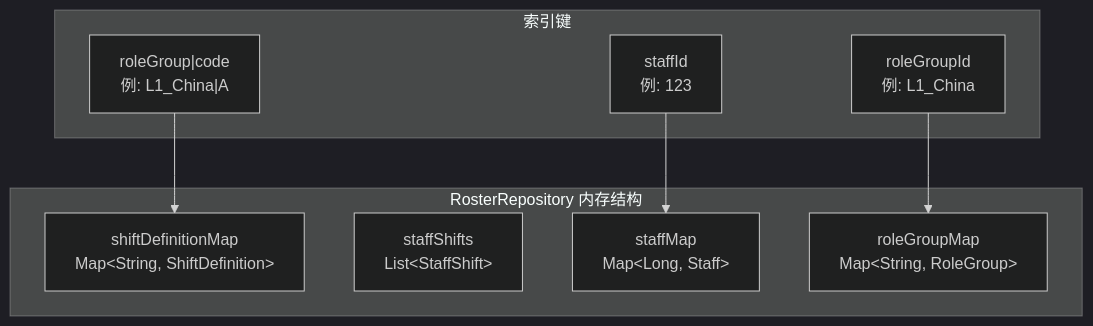
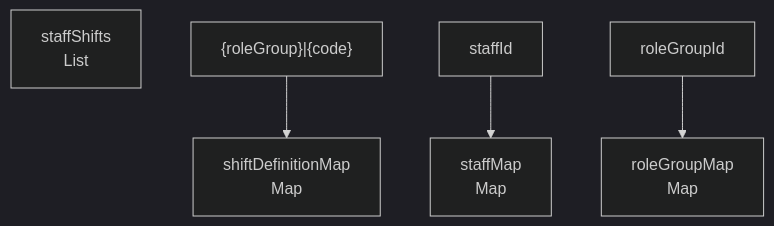
Before and after one commit to yachi666/support-roster-server: the third of 3 diagrams in .specs/data-architecture.md, drawn with Mermaid (dark theme). The commit also changed other lines of this file and 34 other files, not shown here.

Commit message:
feat: Enhance shift definition deletion process with roster assignment cleanup

````diff
--- a/.specs/data-architecture.md
+++ b/.specs/data-architecture.md
@@ -177,19 +102,15 @@
 ```mermaid
 graph TB
-    subgraph "RosterRepository 内存结构"
-        SDM["shiftDefinitionMap<br/>Map&lt;String, ShiftDefinition&gt;"]
-        SS["staffShifts<br/>List&lt;StaffShift&gt;"]
-        SM["staffMap<br/>Map&lt;Long, Staff&gt;"]
-        RGM["roleGroupMap<br/>Map&lt;String, RoleGroup&gt;"]
-    end
-    
-    subgraph "索引键"
-        K1["roleGroup|code<br/>例: L1_China|A"]
-        K2["staffId<br/>例: 123"]
-        K3["roleGroupId<br/>例: L1_China"]
-    end
-    
-    K1 --> SDM
-    K2 --> SM
-    K3 --> RGM
+    SDM["shiftDefinitionMap
+Map<String, ShiftDefinition>"]
+    SS["staffShifts
+List<StaffShift>"]
+    SM["staffMap
+Map<Long, Staff>"]
+    RGM["roleGroupMap
+Map<String, RoleGroup>"]
+
+    K1["{roleGroup}|{code}"] --> SDM
+    K2["staffId"] --> SM
+    K3["roleGroupId"] --> RGM
 ```
````
